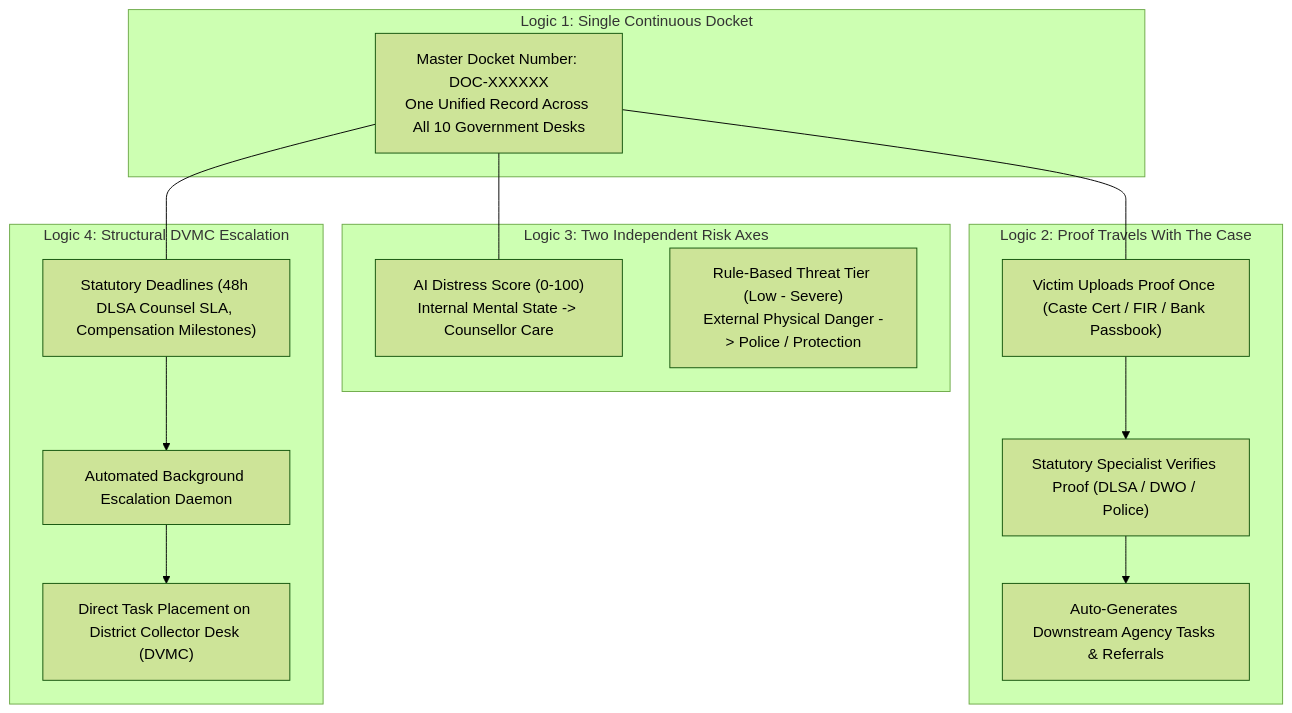
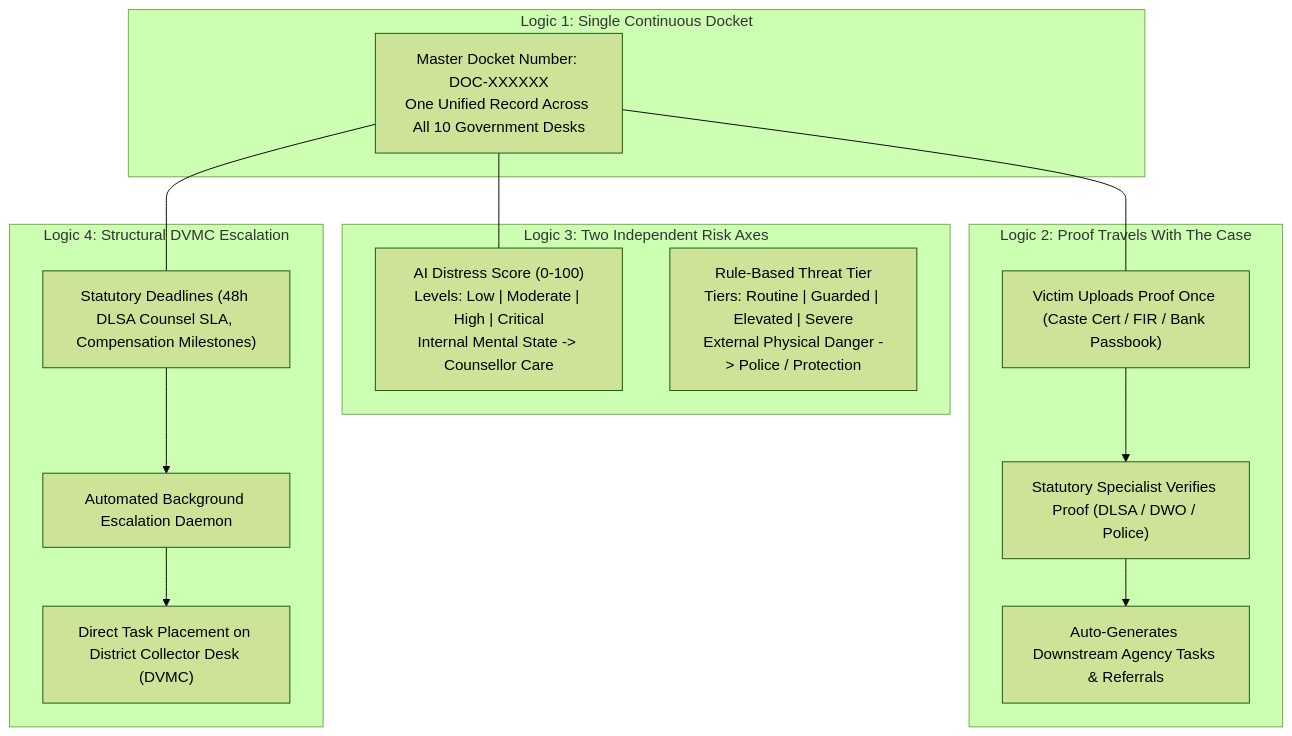
Before and after one commit to Ganga9115/Mansakha: the first of 7 diagrams in Mansakha/README.md, drawn with Mermaid (forest theme). The commit also changed other lines of this file, not shown here.

Commit message:
docs: clarify Threat Tier (Routine-Severe) vs Distress Score (Low-Critical) and add IVRS logic

````diff
--- a/Mansakha/README.md
+++ b/Mansakha/README.md
@@ -52,29 +52,29 @@
 ```mermaid
 graph TD
     subgraph "Logic 1: Single Continuous Docket"
         DOC["Master Docket Number: DOC-XXXXXX<br/>One Unified Record Across All 10 Government Desks"]
     end
 
     subgraph "Logic 2: Proof Travels With The Case"
         Upload["Victim Uploads Proof Once (Caste Cert / FIR / Bank Passbook)"]
         Verify["Statutory Specialist Verifies Proof (DLSA / DWO / Police)"]
         AutoRef["Auto-Generates Downstream Agency Tasks & Referrals"]
         Upload --> Verify --> AutoRef
     end
 
     subgraph "Logic 3: Two Independent Risk Axes"
-        Distress["AI Distress Score (0-100)<br/>Internal Mental State -> Counsellor Care"]
-        Threat["Rule-Based Threat Tier (Low - Severe)<br/>External Physical Danger -> Police / Protection"]
+        Distress["AI Distress Score (0-100)<br/>Levels: Low | Moderate | High | Critical<br/>Internal Mental State -> Counsellor Care"]
+        Threat["Rule-Based Threat Tier<br/>Tiers: Routine | Guarded | Elevated | Severe<br/>External Physical Danger -> Police / Protection"]
     end
 
     subgraph "Logic 4: Structural DVMC Escalation"
         SLA["Statutory Deadlines (48h DLSA Counsel SLA, Compensation Milestones)"]
         Checker["Automated Background Escalation Daemon"]
         Collector["Direct Task Placement on District Collector Desk (DVMC)"]
         SLA --> Checker --> Collector
     end
 
     DOC --- Upload
     DOC --- Distress
     DOC --- SLA
 ```
````
